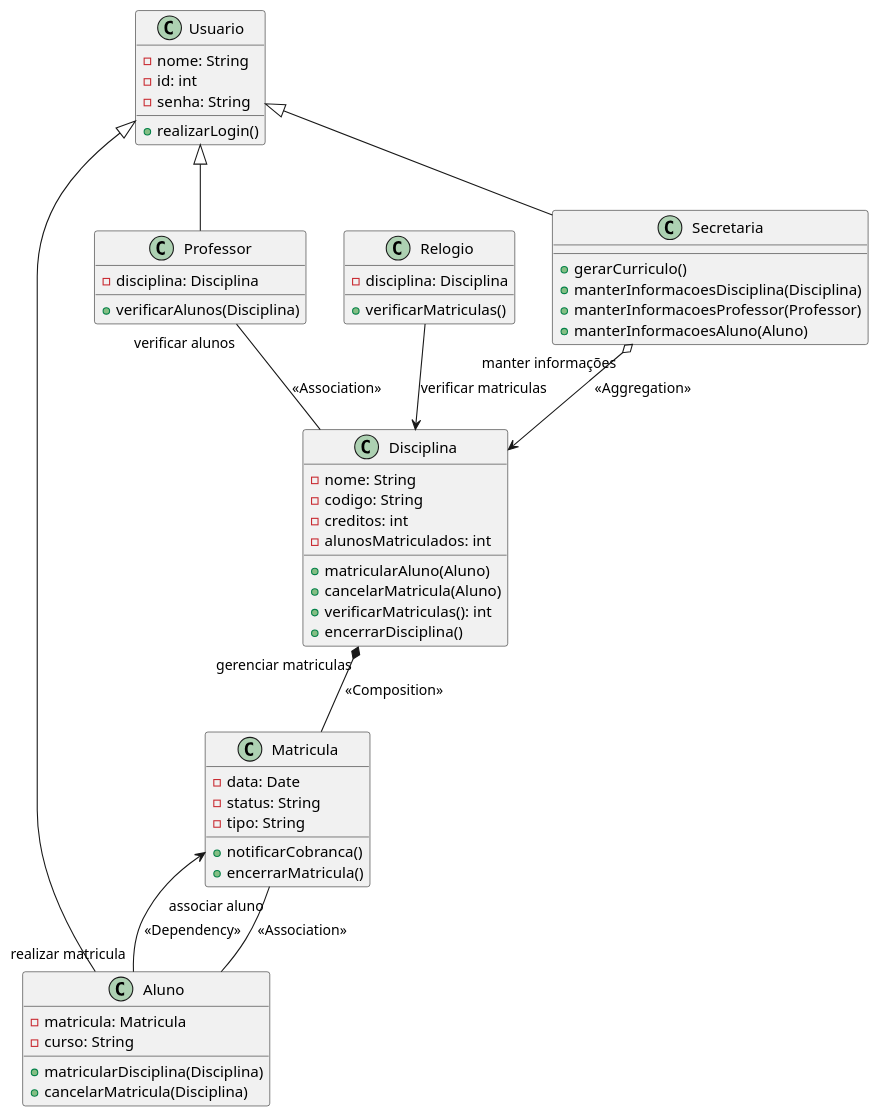
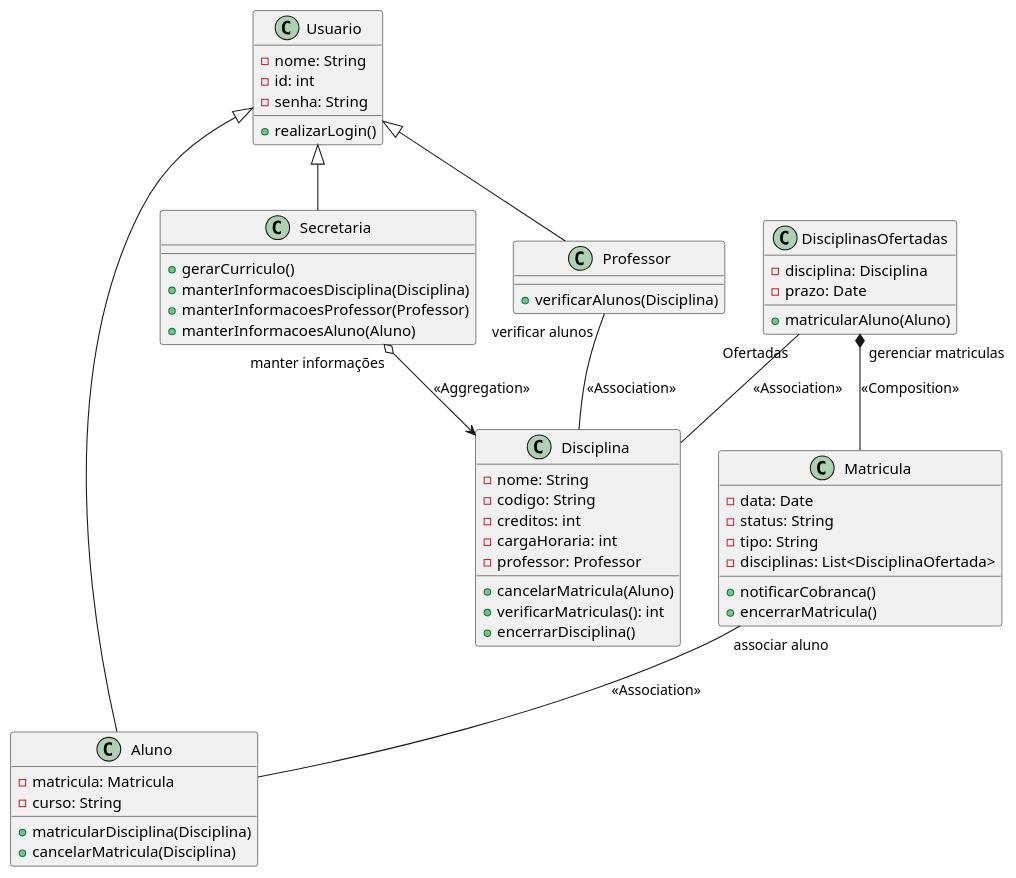
One commit to Gaburieru35/Lab01DevSoftware changed the diagram in projeto/class.PUML. Above: the diagram before and after it, drawn with PlantUML.

Commit message:
Atualização diagrama de classes

```diff
--- a/projeto/class.PUML
+++ b/projeto/class.PUML
@@ -1,62 +1,62 @@
 @startuml
 class Usuario {
   -nome: String
   -id: int
   -senha: String
   +realizarLogin()
 }
 
 class Secretaria extends Usuario {
   +gerarCurriculo()
   +manterInformacoesDisciplina(Disciplina)
   +manterInformacoesProfessor(Professor)
   +manterInformacoesAluno(Aluno)
 }
 
 class Aluno extends Usuario {
   -matricula: Matricula
   -curso: String
   +matricularDisciplina(Disciplina)
   +cancelarMatricula(Disciplina)
 }
 
 class Professor extends Usuario {
-  -disciplina: Disciplina
   +verificarAlunos(Disciplina)
 }
 
 class Disciplina {
   -nome: String
   -codigo: String
   -creditos: int
-  -alunosMatriculados: int
-  +matricularAluno(Aluno)
+  -cargaHoraria: int
+  -professor: Professor
   +cancelarMatricula(Aluno)
   +verificarMatriculas(): int
   +encerrarDisciplina()
+}
+
+class DisciplinasOfertadas {
+  -disciplina: Disciplina
+  -prazo: Date
+  +matricularAluno(Aluno)
 }
 
 class Matricula {
   -data: Date
   -status: String
   -tipo: String
+  -disciplinas: List<DisciplinaOfertada>
   +notificarCobranca()
   +encerrarMatricula()
 }
 
-class Relogio {
-  -disciplina: Disciplina
-  +verificarMatriculas()
-}
-
 Secretaria o--> Disciplina : "manter informações" <<Aggregation>>
-
-Aluno --> Matricula : "realizar matricula" <<Dependency>>
 
 Professor -- Disciplina : "verificar alunos" <<Association>>
 
-Disciplina *-- Matricula : "gerenciar matriculas" <<Composition>>
-Relogio --> Disciplina : "verificar matriculas"
+DisciplinasOfertadas *-- Matricula : "gerenciar matriculas" <<Composition>>
+
+DisciplinasOfertadas  -- Disciplina : "Ofertadas" <<Association>>
 
 Matricula -- Aluno : "associar aluno" <<Association>>
 @enduml
```
